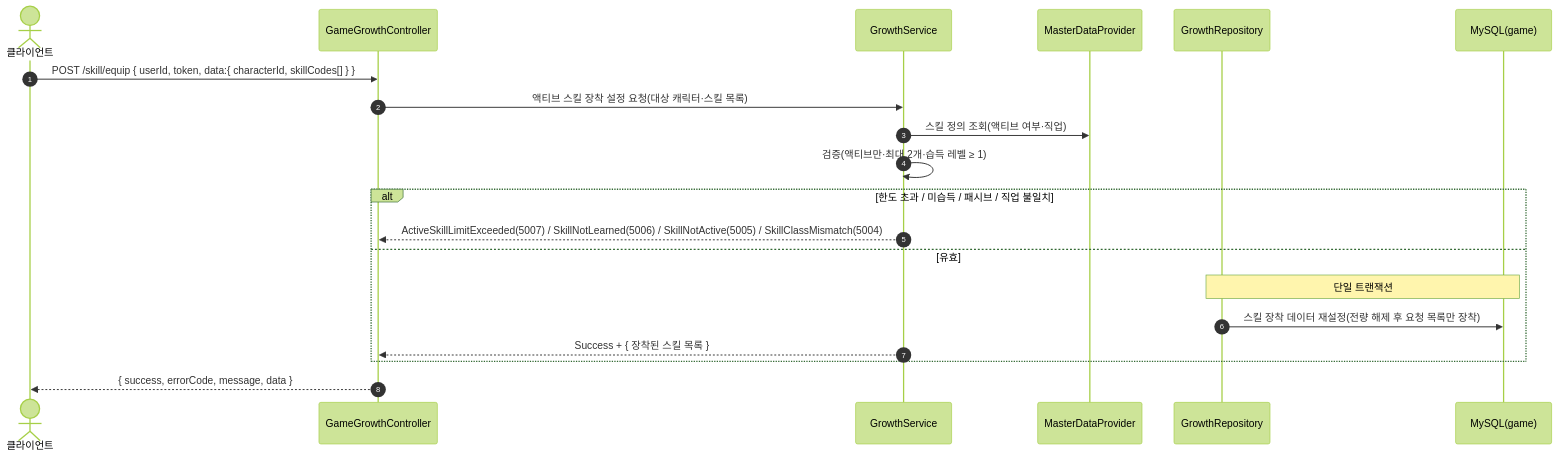
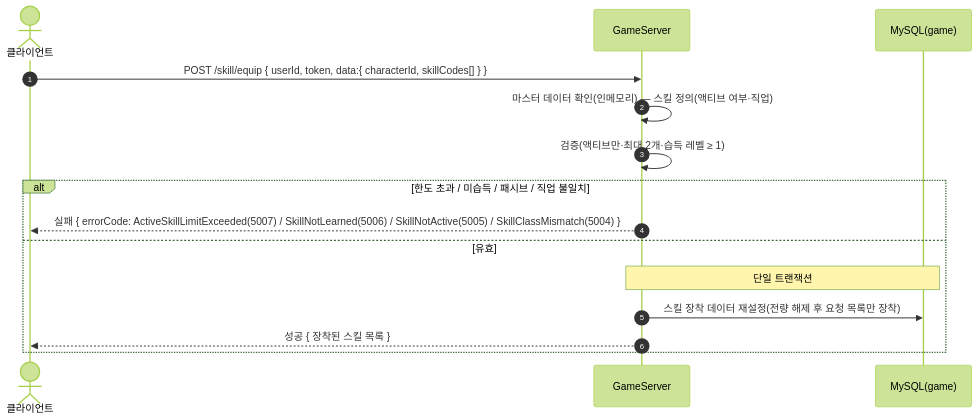
One commit to ks-wook/com2us-taskbar-hero changed the third of 4 diagrams in SequenceDiagram/GameGrowthController.md. Above: the diagram before and after it, drawn with Mermaid (forest theme). The commit also changed other lines of this file and 8 other files, not shown here.

Commit message:
시퀀스 다이어그램 수정

````diff
--- a/SequenceDiagram/GameGrowthController.md
+++ b/SequenceDiagram/GameGrowthController.md
@@ -65,23 +56,18 @@
 ```mermaid
 sequenceDiagram
     autonumber
     actor C as 클라이언트
-    participant Ctrl as GameGrowthController
-    participant Svc as GrowthService
-    participant MD as MasterDataProvider
-    participant Repo as GrowthRepository
+    participant S as GameServer
     participant DB as MySQL(game)
 
-    C->>Ctrl: POST /skill/equip { userId, token, data:{ characterId, skillCodes[] } }
-    Ctrl->>Svc: 액티브 스킬 장착 설정 요청(대상 캐릭터·스킬 목록)
-    Svc->>MD: 스킬 정의 조회(액티브 여부·직업)
-    Svc->>Svc: 검증(액티브만·최대 2개·습득 레벨 ≥ 1)
+    C->>S: POST /skill/equip { userId, token, data:{ characterId, skillCodes[] } }
+    S->>S: 마스터 데이터 확인(인메모리) — 스킬 정의(액티브 여부·직업)
+    S->>S: 검증(액티브만·최대 2개·습득 레벨 ≥ 1)
     alt 한도 초과 / 미습득 / 패시브 / 직업 불일치
-        Svc-->>Ctrl: ActiveSkillLimitExceeded(5007) / SkillNotLearned(5006) / SkillNotActive(5005) / SkillClassMismatch(5004)
+        S-->>C: 실패 { errorCode: ActiveSkillLimitExceeded(5007) / SkillNotLearned(5006) / SkillNotActive(5005) / SkillClassMismatch(5004) }
     else 유효
-        Note over Repo,DB: 단일 트랜잭션
-        Repo->>DB: 스킬 장착 데이터 재설정(전량 해제 후 요청 목록만 장착)
-        Svc-->>Ctrl: Success + { 장착된 스킬 목록 }
+        Note over S,DB: 단일 트랜잭션
+        S->>DB: 스킬 장착 데이터 재설정(전량 해제 후 요청 목록만 장착)
+        S-->>C: 성공 { 장착된 스킬 목록 }
     end
-    Ctrl-->>C: { success, errorCode, message, data }
 ```
````
